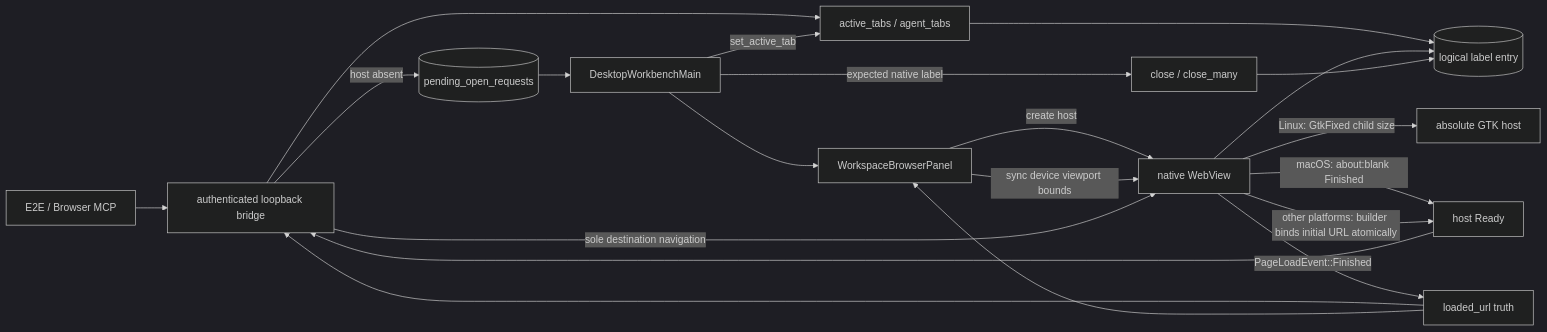
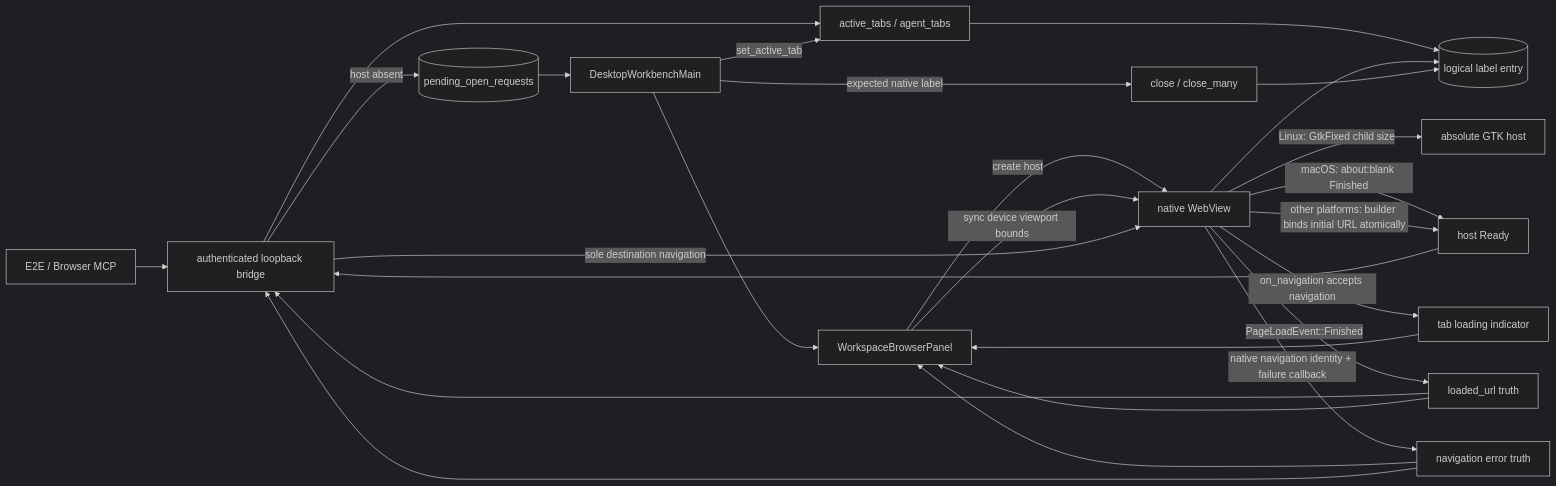
Before and after one commit to wecode-ai/wegent-docs: the first of 2 diagrams in docs/architecture/embedded-browser.md, drawn with Mermaid (dark theme). The commit also changed other lines of this file and 3 other files, not shown here.

````diff
--- a/docs/architecture/embedded-browser.md
+++ b/docs/architecture/embedded-browser.md
@@ -9,23 +9,28 @@
 ```mermaid
 flowchart LR
     CALLER[E2E / Browser MCP] --> BRIDGE[authenticated loopback bridge]
     BRIDGE --> ROUTE[active_tabs / agent_tabs]
     ROUTE --> ENTRY[(logical label entry)]
     BRIDGE -->|host absent| PENDING[(pending_open_requests)]
     PENDING --> MAIN[DesktopWorkbenchMain]
     MAIN --> PANEL[WorkspaceBrowserPanel]
     PANEL -->|create host| WEBVIEW[native WebView]
     PANEL -->|sync device viewport bounds| WEBVIEW
     WEBVIEW -->|Linux: GtkFixed child size| LINUX_HOST[absolute GTK host]
     WEBVIEW --> ENTRY
     WEBVIEW -->|macOS: about:blank Finished| READY[host Ready]
     WEBVIEW -->|other platforms: builder binds initial URL atomically| READY
     READY --> BRIDGE
     BRIDGE -->|sole destination navigation| WEBVIEW
+    WEBVIEW -->|on_navigation accepts navigation| LOADING[tab loading indicator]
+    LOADING --> PANEL
     WEBVIEW -->|PageLoadEvent::Finished| LOADED[loaded_url truth]
+    WEBVIEW -->|native navigation identity + failure callback| FAILED[navigation error truth]
     LOADED --> BRIDGE
     LOADED --> PANEL
+    FAILED --> PANEL
+    FAILED --> BRIDGE
     MAIN -->|set_active_tab| ROUTE
     MAIN -->|expected native label| CLOSE[close / close_many]
     CLOSE --> ENTRY
 ```
````
